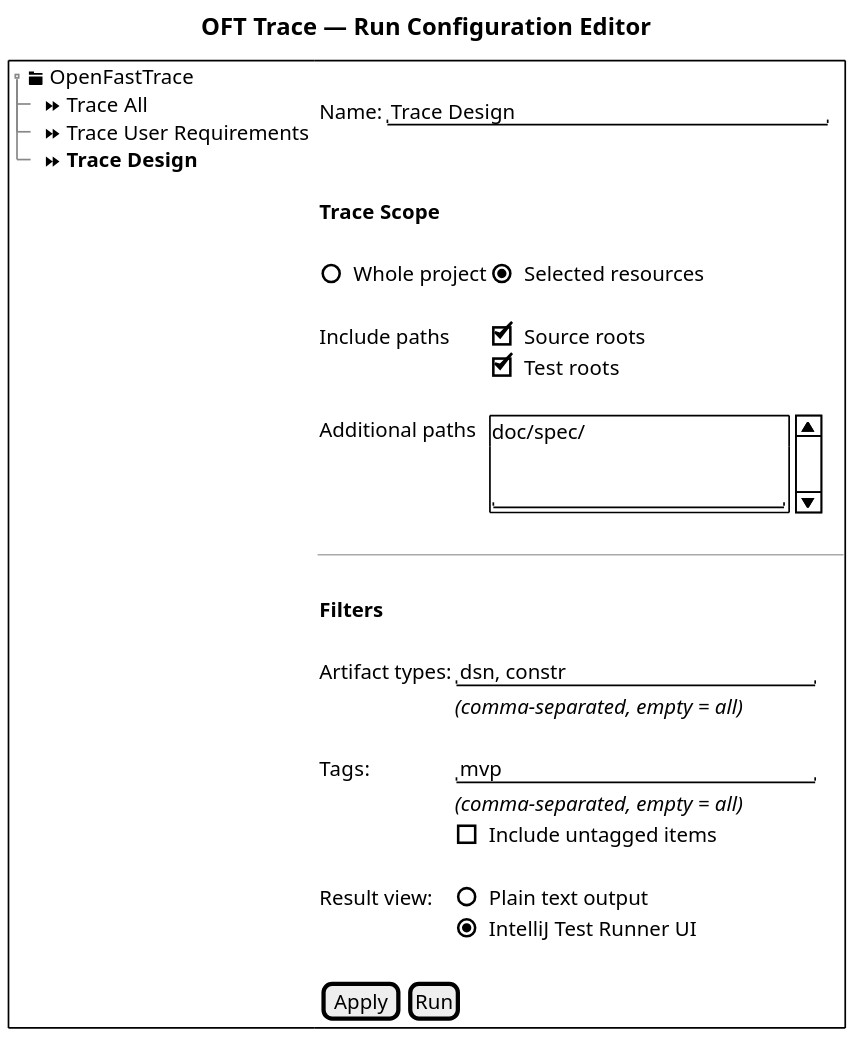
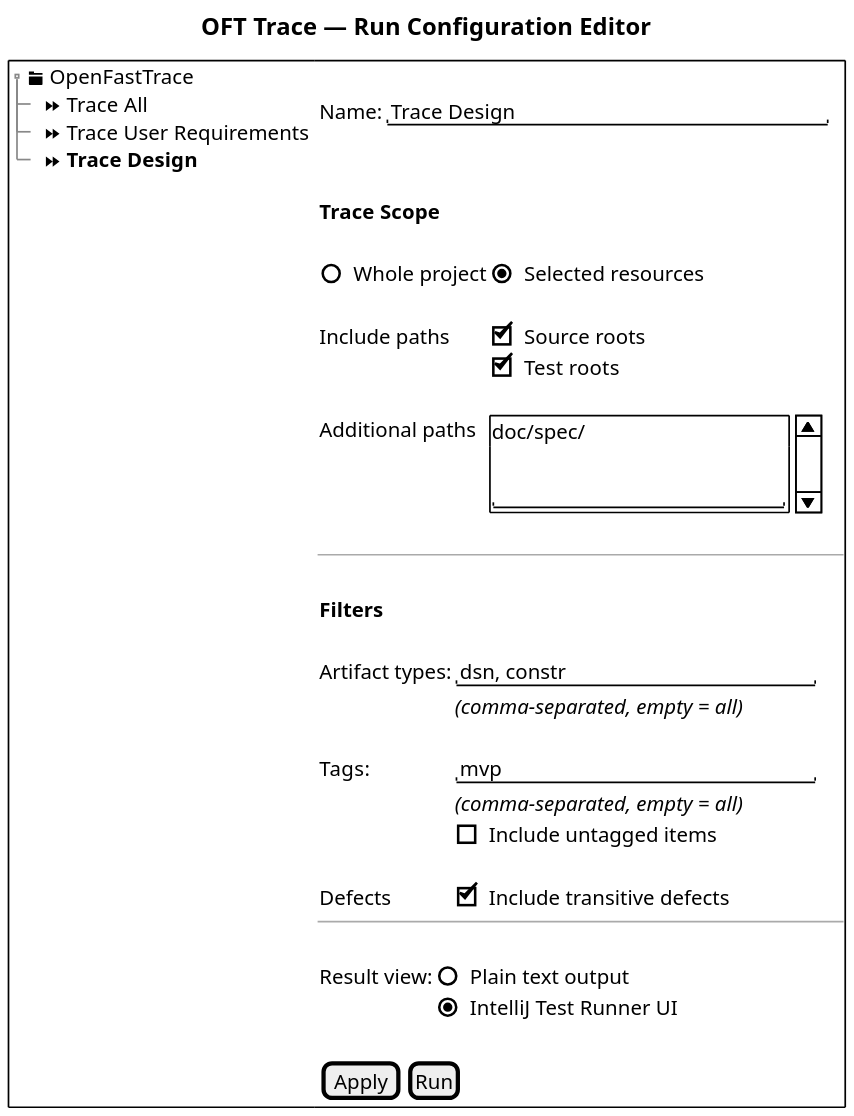
One commit to itsallcode/openfasttrace-intellij-plugin changed the seventh of 7 diagrams in doc/design/building_block_view.md. Above: the diagram before and after it, drawn with PlantUML. The commit also changed other lines of this file and 18 other files, not shown here.

First line of the commit message:
feature/72_add-filter-for-transitive-tracing-defects-in-run-config (#73)

````diff
--- a/doc/design/building_block_view.md
+++ b/doc/design/building_block_view.md
@@ -418,58 +418,63 @@
 ```plantuml
 @startsalt
 title OFT Trace — Run Configuration Editor
 scale 2
 {+
   {T
     + <&folder> OpenFastTrace
     ++ <&media-skip-forward> Trace All
     ++ <&media-skip-forward> Trace User Requirements
     ++ <&media-skip-forward> <b>Trace Design
   } |
   {
     {
         .
         Name: | "Trace Design                    "
         .
     }
     {
         .
         <b>Trace Scope
         .
         ()  Whole project         |  (X) Selected resources
         .                         | .
         Include paths             | [X] Source roots
         .                         | [X] Test roots
         .                         | .
         Additional paths          | {SI
                                      doc/spec/
 
                                      .
                                      "                     "
                                     }
         .
       }
       ---
       {
         .
         <b>Filters      | .
         .               | .
         Artifact types: | "dsn, constr               "
         .               | <i>(comma-separated, empty = all)
         .               | .
         Tags:           | "mvp                       "
         .               | <i>(comma-separated, empty = all)
         .               |  [ ] Include untagged items
         .               | .
+        Defects         |  [X] Include transitive defects
+     }
+     ---
+     {
+        .               | .
         Result view:    | ()  Plain text output
         .               | (X) IntelliJ Test Runner UI
         .               | .
     }
 
     {
       [Apply] | [Run]
     }
   }
 }
 @endsalt
 ```
````
